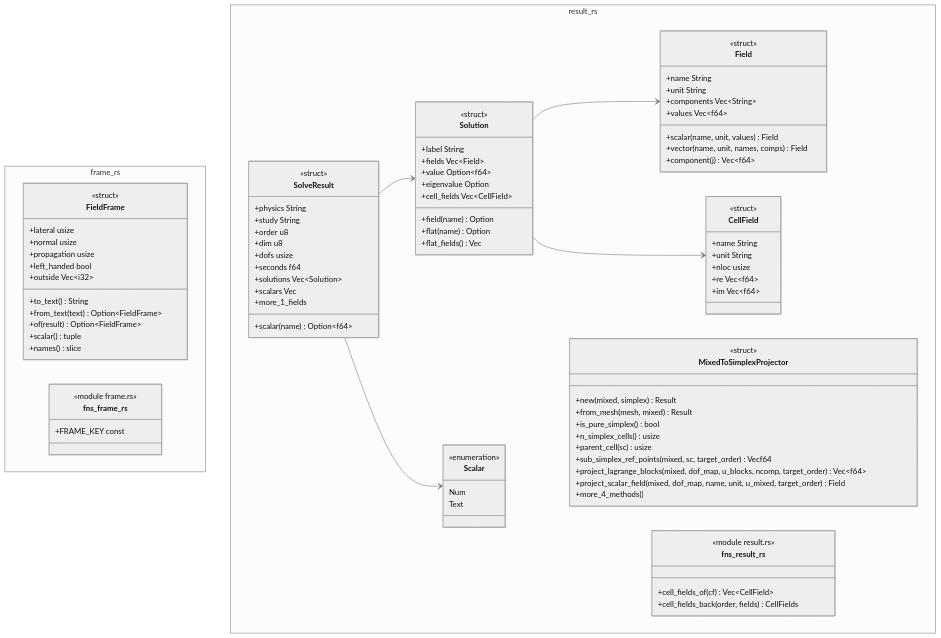
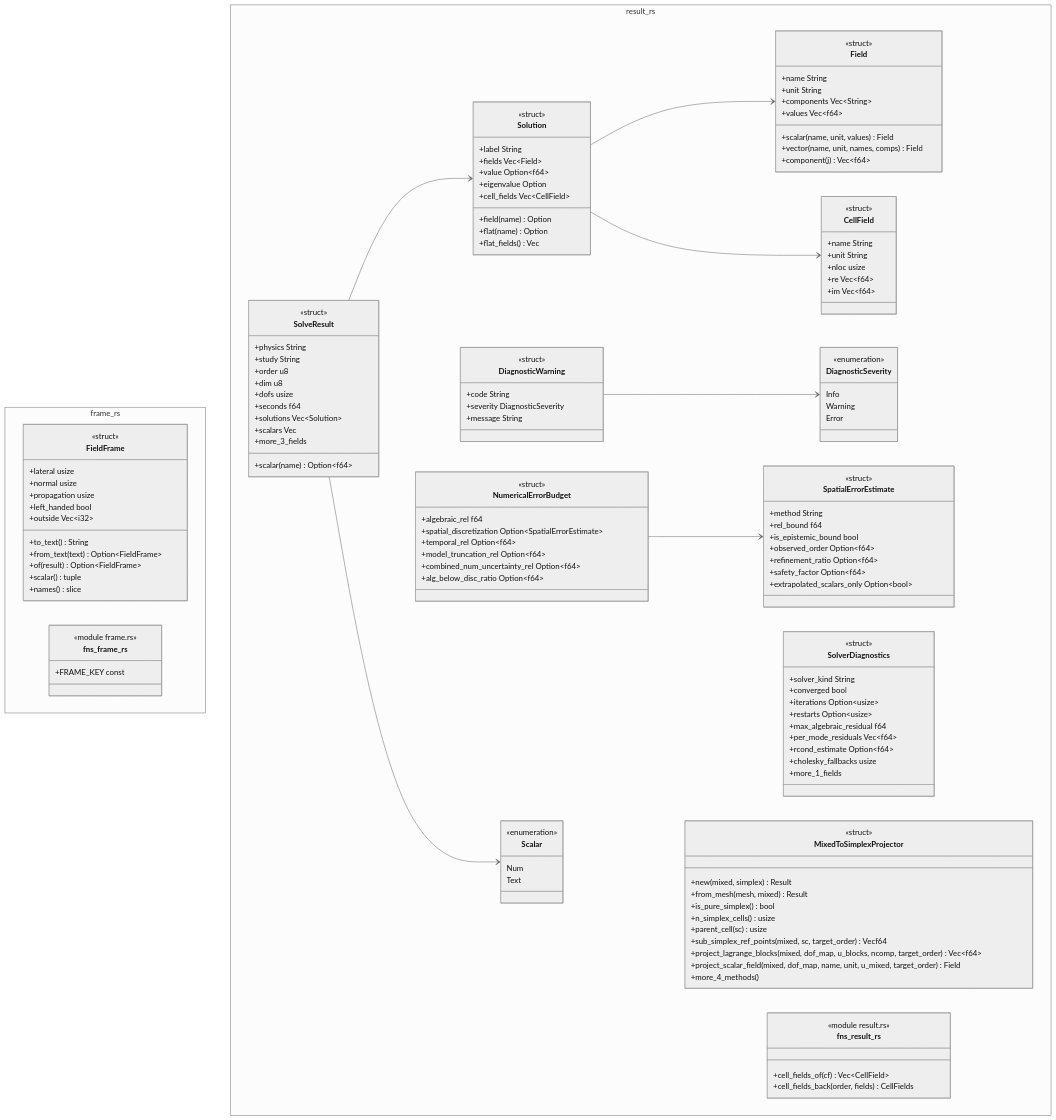
Before and after one commit to p-j-r/nyx: the diagram in docs/architecture/c4/4-code/physics/result.md, drawn with Mermaid (neutral theme). The commit also changed other lines of this file and 55 other files, not shown here.

Commit message:
vvuq(phase3): scaffold ADR 133, femcore::vvuq::roache_gci, SolveResult diagnostics & error budgets

````diff
--- a/docs/architecture/c4/4-code/physics/result.md
+++ b/docs/architecture/c4/4-code/physics/result.md
@@ -118,6 +118,49 @@
         +flat(name) Option
         +flat_fields() Vec
     }
+    class DiagnosticSeverity {
+        <<enumeration>>
+        Info
+        Warning
+        Error
+    }
+    class DiagnosticWarning {
+        <<struct>>
+        +code String
+        +severity DiagnosticSeverity
+        +message String
+    }
+    class SolverDiagnostics {
+        <<struct>>
+        +solver_kind String
+        +converged bool
+        +iterations Option~usize~
+        +restarts Option~usize~
+        +max_algebraic_residual f64
+        +per_mode_residuals Vec~f64~
+        +rcond_estimate Option~f64~
+        +cholesky_fallbacks usize
+        +more_1_fields
+    }
+    class SpatialErrorEstimate {
+        <<struct>>
+        +method String
+        +rel_bound f64
+        +is_epistemic_bound bool
+        +observed_order Option~f64~
+        +refinement_ratio Option~f64~
+        +safety_factor Option~f64~
+        +extrapolated_scalars_only Option~bool~
+    }
+    class NumericalErrorBudget {
+        <<struct>>
+        +algebraic_rel f64
+        +spatial_discretization Option~SpatialErrorEstimate~
+        +temporal_rel Option~f64~
+        +model_truncation_rel Option~f64~
+        +combined_num_uncertainty_rel Option~f64~
+        +alg_below_disc_ratio Option~f64~
+    }
     class SolveResult {
         <<struct>>
         +physics String
@@ -128,7 +171,7 @@
         +seconds f64
         +solutions Vec~Solution~
         +scalars Vec
-        +more_1_fields
+        +more_3_fields
         +scalar(name) Option~f64~
     }
     class MixedToSimplexProjector {
@@ -151,6 +194,8 @@
   }
   Solution --> Field
   Solution --> CellField
+  DiagnosticWarning --> DiagnosticSeverity
+  NumericalErrorBudget --> SpatialErrorEstimate
   SolveResult --> Solution
   SolveResult --> Scalar
 ```
````
